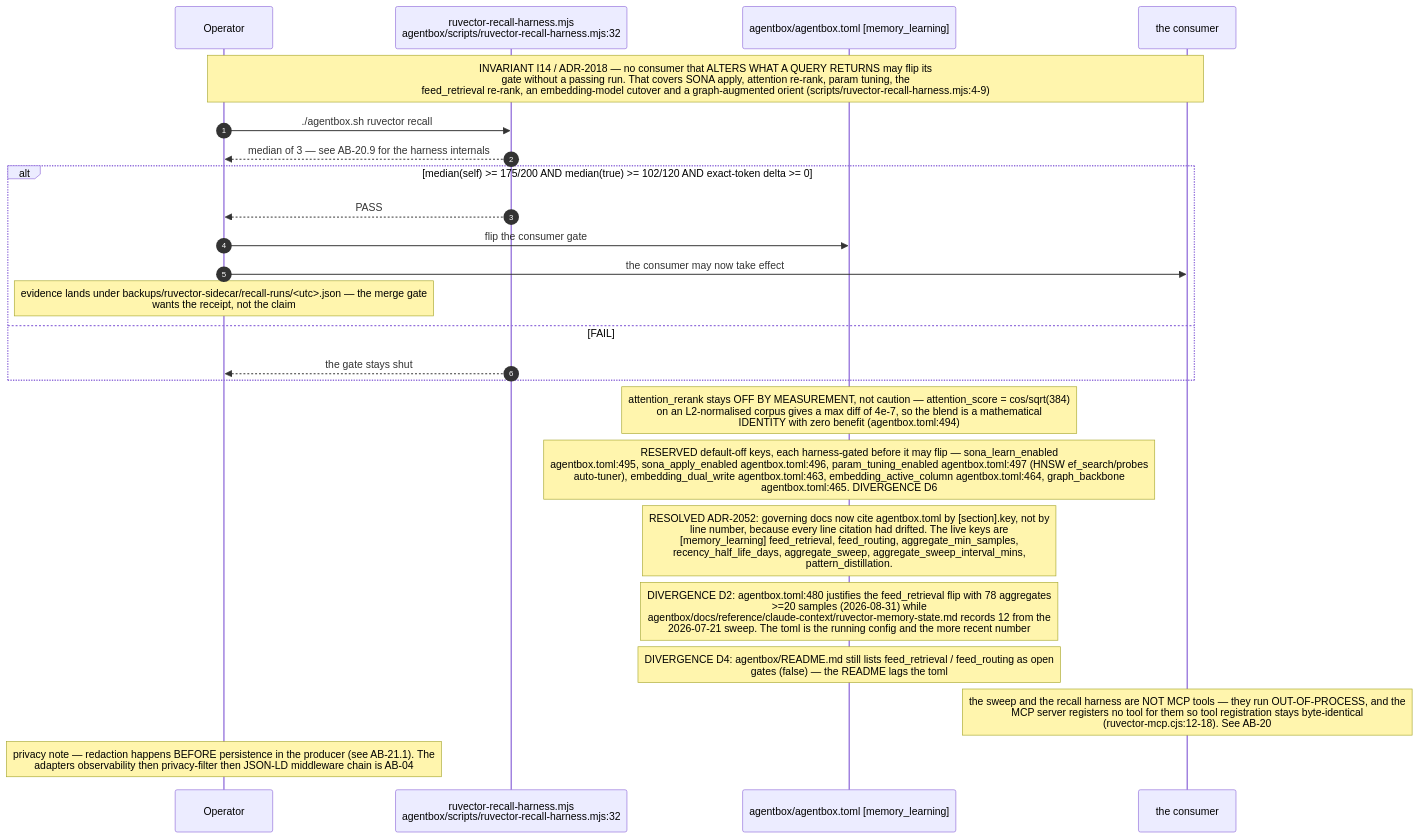
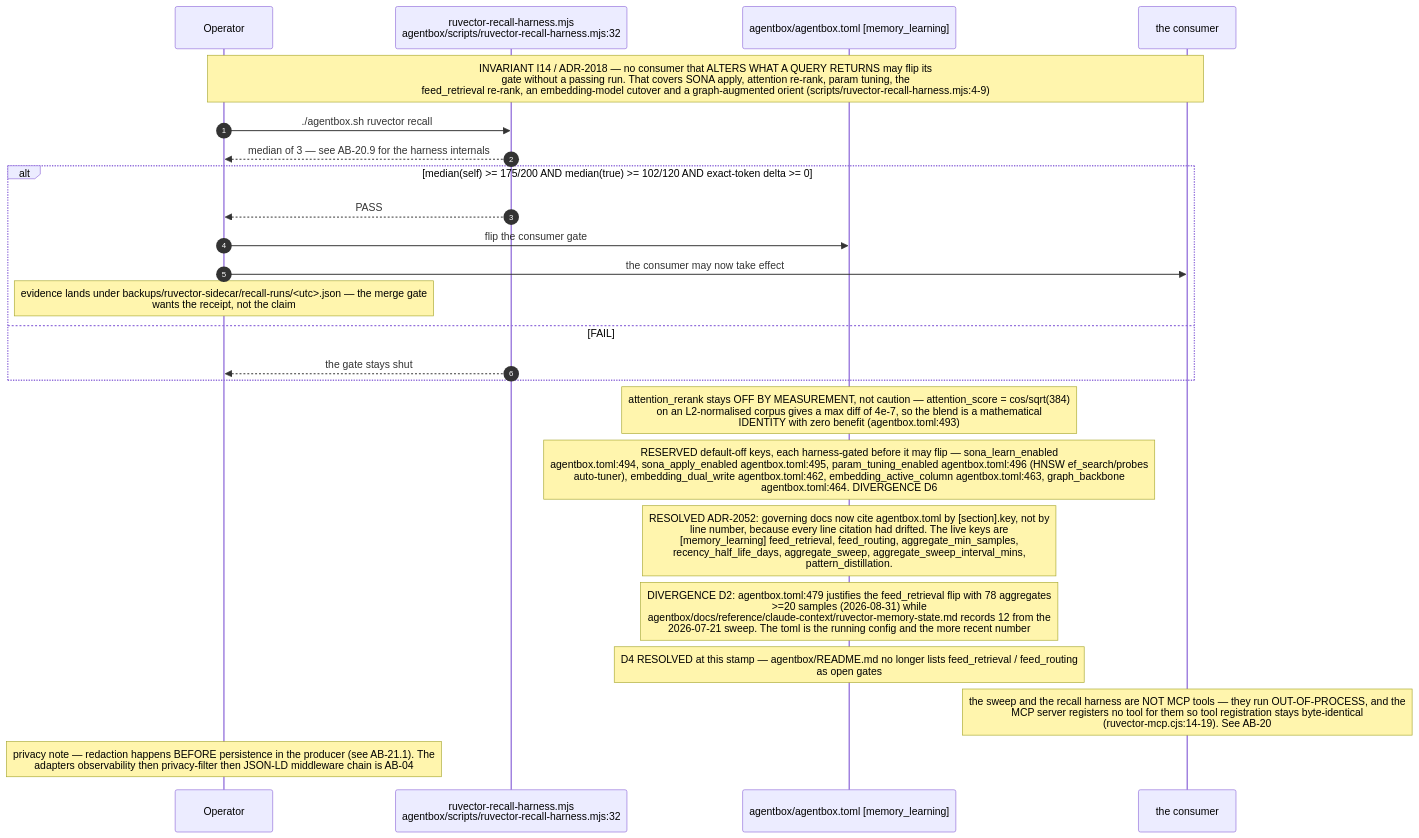
One commit to DreamLab-AI/VisionFlow changed the tenth of 10 diagrams in docs/diagrams/agentbox/21-learning-loop.md. Above: the diagram before and after it, drawn with Mermaid. The commit also changed other lines of this file and 173 other files, not shown here.

````diff
--- a/docs/diagrams/agentbox/21-learning-loop.md
+++ b/docs/diagrams/agentbox/21-learning-loop.md
@@ -442,27 +484,27 @@
 ```mermaid
 sequenceDiagram
     autonumber
     participant OP as Operator
     participant H as ruvector-recall-harness.mjs<br/>agentbox/scripts/ruvector-recall-harness.mjs:32
     participant TOML as agentbox/agentbox.toml [memory_learning]
     participant CONS as the consumer
 
     Note over OP,CONS: INVARIANT I14 / ADR-2018 — no consumer that ALTERS WHAT A QUERY RETURNS may flip its<br/>gate without a passing run. That covers SONA apply, attention re-rank, param tuning, the<br/>feed_retrieval re-rank, an embedding-model cutover and a graph-augmented orient (scripts/ruvector-recall-harness.mjs:4-9)
     OP->>H: ./agentbox.sh ruvector recall
     H-->>OP: median of 3 — see AB-20.9 for the harness internals
     alt median(self) >= 175/200 AND median(true) >= 102/120 AND exact-token delta >= 0
         H-->>OP: PASS
         OP->>TOML: flip the consumer gate
         OP->>CONS: the consumer may now take effect
         Note over OP: evidence lands under backups/ruvector-sidecar/recall-runs/<utc>.json — the merge gate<br/>wants the receipt, not the claim
     else FAIL
         H-->>OP: the gate stays shut
     end
-    Note over TOML: attention_rerank stays OFF BY MEASUREMENT, not caution — attention_score = cos/sqrt(384)<br/>on an L2-normalised corpus gives a max diff of 4e-7, so the blend is a mathematical<br/>IDENTITY with zero benefit (agentbox.toml:494)
-    Note over TOML: RESERVED default-off keys, each harness-gated before it may flip — sona_learn_enabled<br/>agentbox.toml:495, sona_apply_enabled agentbox.toml:496, param_tuning_enabled agentbox.toml:497 (HNSW ef_search/probes<br/>auto-tuner), embedding_dual_write agentbox.toml:463, embedding_active_column agentbox.toml:464, graph_backbone<br/>agentbox.toml:465. DIVERGENCE D6
+    Note over TOML: attention_rerank stays OFF BY MEASUREMENT, not caution — attention_score = cos/sqrt(384)<br/>on an L2-normalised corpus gives a max diff of 4e-7, so the blend is a mathematical<br/>IDENTITY with zero benefit (agentbox.toml:493)
+    Note over TOML: RESERVED default-off keys, each harness-gated before it may flip — sona_learn_enabled<br/>agentbox.toml:494, sona_apply_enabled agentbox.toml:495, param_tuning_enabled agentbox.toml:496 (HNSW ef_search/probes<br/>auto-tuner), embedding_dual_write agentbox.toml:462, embedding_active_column agentbox.toml:463, graph_backbone<br/>agentbox.toml:464. DIVERGENCE D6
     Note over TOML: RESOLVED ADR-2052: governing docs now cite agentbox.toml by [section].key, not by<br/>line number, because every line citation had drifted. The live keys are<br/>[memory_learning] feed_retrieval, feed_routing, aggregate_min_samples,<br/>recency_half_life_days, aggregate_sweep, aggregate_sweep_interval_mins,<br/>pattern_distillation.
-    Note over TOML: DIVERGENCE D2: agentbox.toml:480 justifies the feed_retrieval flip with 78 aggregates<br/>>=20 samples (2026-08-31) while<br/>agentbox/docs/reference/claude-context/ruvector-memory-state.md records 12 from the<br/>2026-07-21 sweep. The toml is the running config and the more recent number
-    Note over TOML: DIVERGENCE D4: agentbox/README.md still lists feed_retrieval / feed_routing as open<br/>gates (false) — the README lags the toml
-    Note over CONS: the sweep and the recall harness are NOT MCP tools — they run OUT-OF-PROCESS, and the<br/>MCP server registers no tool for them so tool registration stays byte-identical<br/>(ruvector-mcp.cjs:12-18). See AB-20
+    Note over TOML: DIVERGENCE D2: agentbox.toml:479 justifies the feed_retrieval flip with 78 aggregates<br/>>=20 samples (2026-08-31) while<br/>agentbox/docs/reference/claude-context/ruvector-memory-state.md records 12 from the<br/>2026-07-21 sweep. The toml is the running config and the more recent number
+    Note over TOML: D4 RESOLVED at this stamp — agentbox/README.md no longer lists feed_retrieval / feed_routing<br/>as open gates
+    Note over CONS: the sweep and the recall harness are NOT MCP tools — they run OUT-OF-PROCESS, and the<br/>MCP server registers no tool for them so tool registration stays byte-identical<br/>(ruvector-mcp.cjs:14-19). See AB-20
     Note over OP: privacy note — redaction happens BEFORE persistence in the producer (see AB-21.1). The<br/>adapters observability then privacy-filter then JSON-LD middleware chain is AB-04
 ```
````
